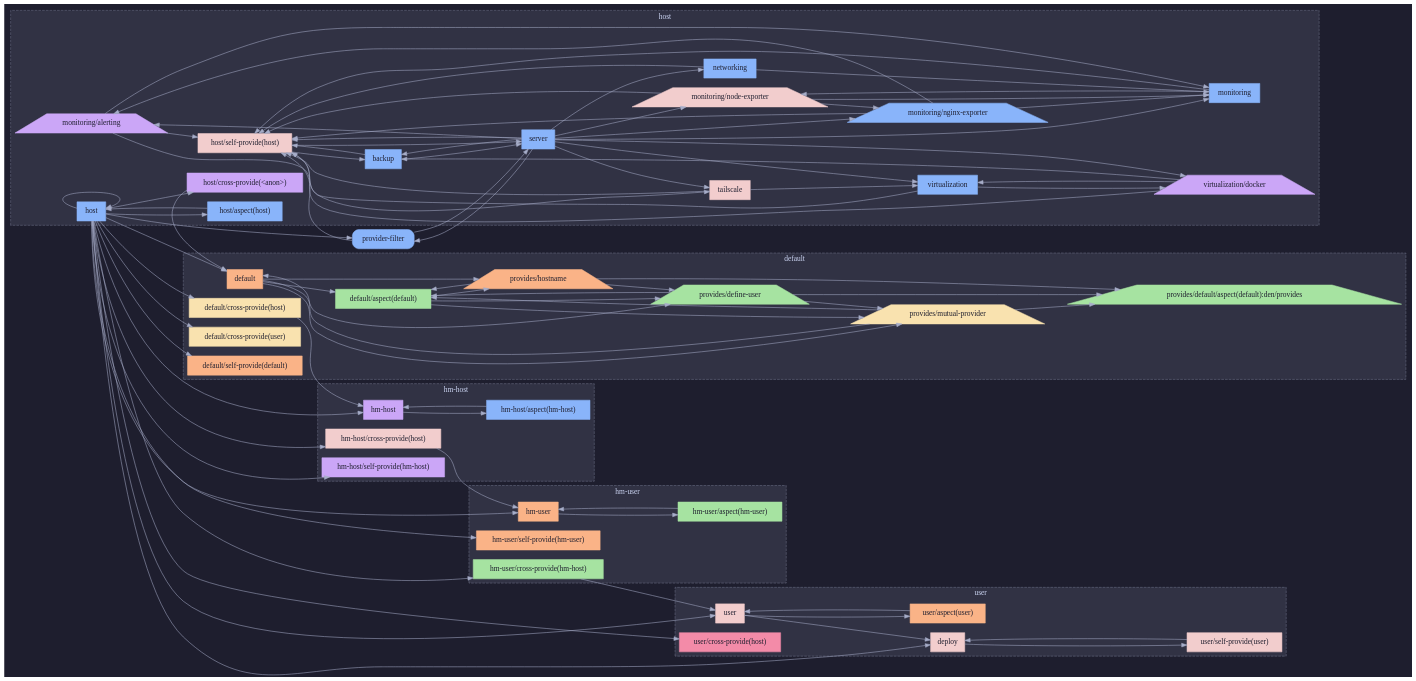
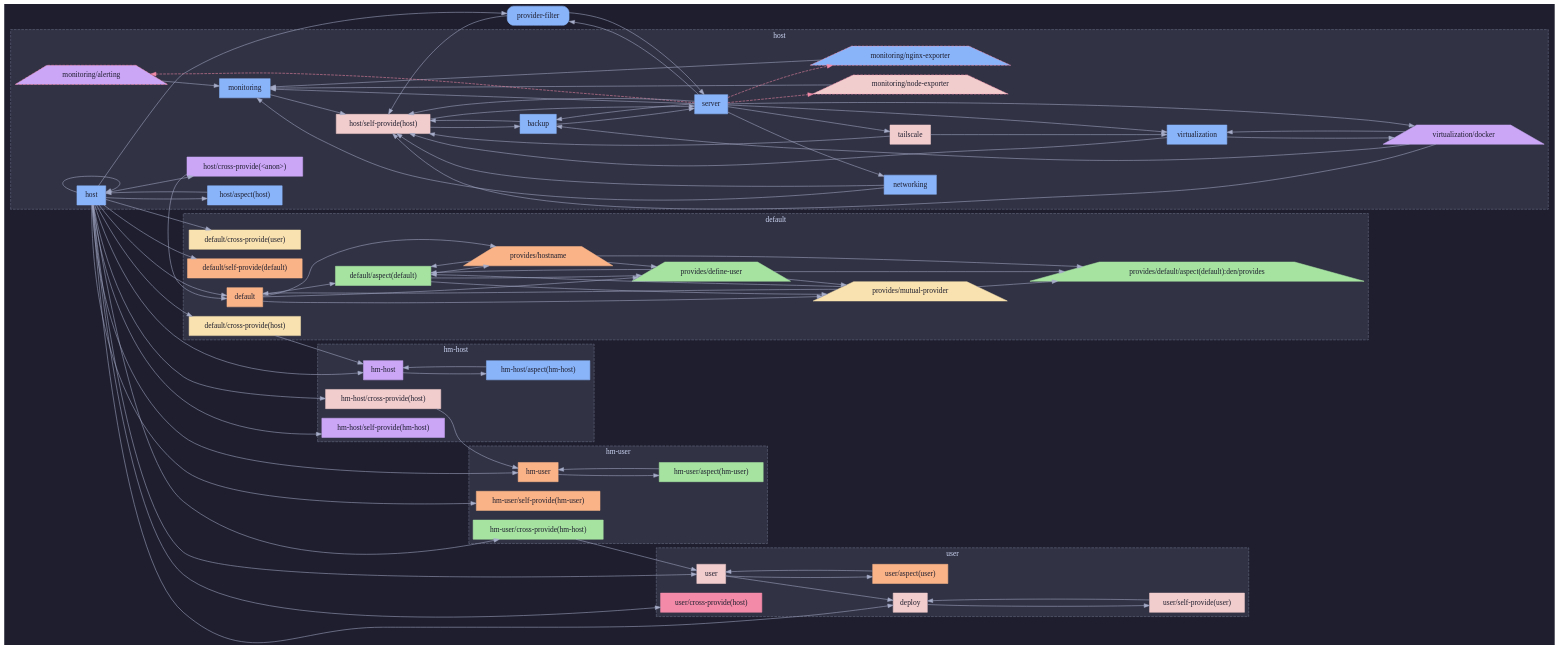
The second of 3 diagrams in templates/diag-fx-demo/diagrams/provider-filter-dag.md (sini/den), drawn with Graphviz before and after one commit. The commit also changed other lines of this file and 526 other files, not shown here.

Commit message:
chore: update fx diagrams

```diff
--- a/templates/diag-fx-demo/diagrams/provider-filter-dag.md
+++ b/templates/diag-fx-demo/diagrams/provider-filter-dag.md
@@ -205,7 +198,7 @@
     color="#6c7086";
     fontcolor="#cdd6f4";
     bgcolor="#313244";
-  monitoring__alerting [label="monitoring/alerting",shape=trapezium,style=filled,fillcolor="#cba6f7",color="#cba6f7",fontcolor="#1e1e2e"];
+  monitoring__alerting [label="monitoring/alerting",shape=trapezium,style="filled,dashed",fillcolor="#cba6f7",color="#f38ba8",fontcolor="#1e1e2e"];
   backup [label="backup",shape=box,style=filled,fillcolor="#89b4fa",color="#89b4fa",fontcolor="#1e1e2e"];
   virtualization__docker [label="virtualization/docker",shape=trapezium,style=filled,fillcolor="#cba6f7",color="#cba6f7",fontcolor="#1e1e2e"];
   host [label="host",shape=box,style=filled,fillcolor="#89b4fa",color="#89b4fa",fontcolor="#1e1e2e"];
@@ -214,8 +207,8 @@
   host__self_provide_host_ [label="host/self-provide(host)",shape=box,style=filled,fillcolor="#f2cdcd",color="#f2cdcd",fontcolor="#1e1e2e"];
   monitoring [label="monitoring",shape=box,style=filled,fillcolor="#89b4fa",color="#89b4fa",fontcolor="#1e1e2e"];
   networking [label="networking",shape=box,style=filled,fillcolor="#89b4fa",color="#89b4fa",fontcolor="#1e1e2e"];
-  monitoring__nginx_exporter [label="monitoring/nginx-exporter",shape=trapezium,style=filled,fillcolor="#89b4fa",color="#89b4fa",fontcolor="#1e1e2e"];
-  monitoring__node_exporter [label="monitoring/node-exporter",shape=trapezium,style=filled,fillcolor="#f2cdcd",color="#f2cdcd",fontcolor="#1e1e2e"];
+  monitoring__nginx_exporter [label="monitoring/nginx-exporter",shape=trapezium,style="filled,dashed",fillcolor="#89b4fa",color="#f38ba8",fontcolor="#1e1e2e"];
+  monitoring__node_exporter [label="monitoring/node-exporter",shape=trapezium,style="filled,dashed",fillcolor="#f2cdcd",color="#f38ba8",fontcolor="#1e1e2e"];
   server [label="server",shape=box,style=filled,fillcolor="#89b4fa",color="#89b4fa",fontcolor="#1e1e2e"];
   tailscale [label="tailscale",shape=box,style=filled,fillcolor="#f2cdcd",color="#f2cdcd",fontcolor="#1e1e2e"];
   virtualization [label="virtualization",shape=box,style=filled,fillcolor="#89b4fa",color="#89b4fa",fontcolor="#1e1e2e"];
@@ -319,25 +312,18 @@
   host__self_provide_host_ -> backup;
   host__self_provide_host_ -> server;
   monitoring -> host__self_provide_host_;
-  monitoring -> monitoring__node_exporter;
-  monitoring__alerting -> host__self_provide_host_;
-  monitoring__alerting -> tailscale;
-  monitoring__nginx_exporter -> monitoring__alerting;
-  monitoring__nginx_exporter -> host__self_provide_host_;
-  monitoring__node_exporter -> host__self_provide_host_;
-  monitoring__node_exporter -> monitoring__nginx_exporter;
   networking -> host__self_provide_host_;
   networking -> monitoring;
   provider_filter -> host__self_provide_host_;
   provider_filter -> server;
-  server -> monitoring__alerting;
+  server -> monitoring__alerting [style=dashed,color="#f38ba8"];
   server -> backup;
   server -> virtualization__docker;
   server -> host__self_provide_host_;
   server -> monitoring;
   server -> networking;
-  server -> monitoring__nginx_exporter;
-  server -> monitoring__node_exporter;
+  server -> monitoring__nginx_exporter [style=dashed,color="#f38ba8"];
+  server -> monitoring__node_exporter [style=dashed,color="#f38ba8"];
   server -> provider_filter;
   server -> tailscale;
   server -> virtualization;
```
